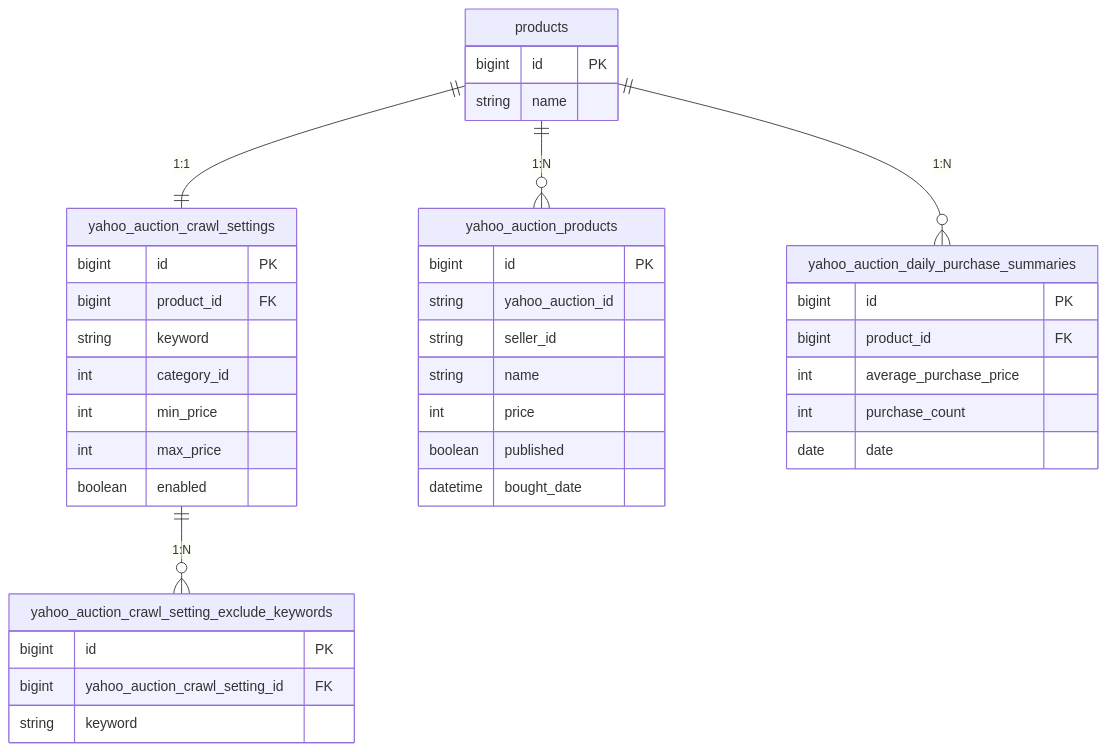
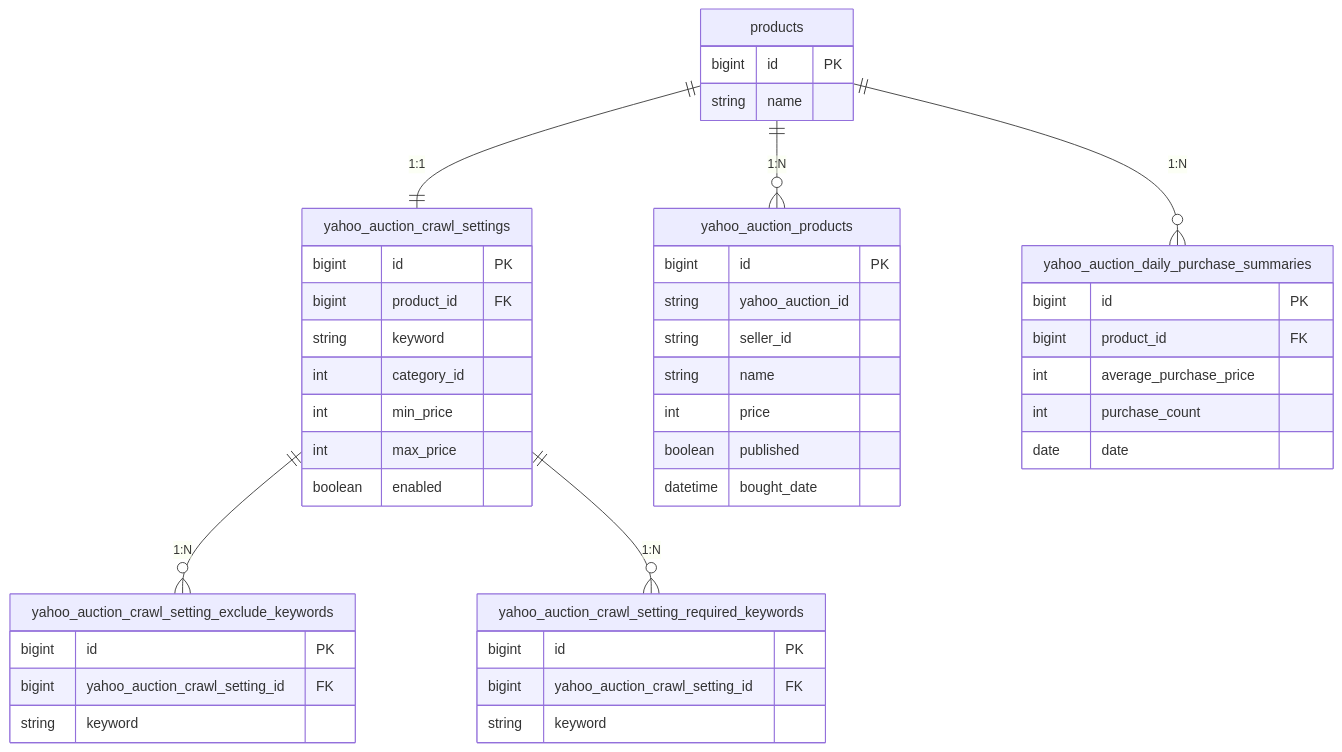
Before and after one commit to kuroweb/price-monitoring: the second of 4 diagrams in README.md, drawn with Mermaid. The commit also changed other lines of this file and 12 other files, not shown here.

````diff
--- a/README.md
+++ b/README.md
@@ -78,42 +78,48 @@
 ```mermaid
 erDiagram
   products {
     bigint id PK
     string name
   }
   yahoo_auction_crawl_settings {
     bigint id PK
     bigint product_id FK
     string keyword
     int category_id
     int min_price
     int max_price
     boolean enabled
   }
   yahoo_auction_crawl_setting_exclude_keywords {
+    bigint id PK
+    bigint yahoo_auction_crawl_setting_id FK
+    string keyword
+  }
+  yahoo_auction_crawl_setting_required_keywords {
     bigint id PK
     bigint yahoo_auction_crawl_setting_id FK
     string keyword
   }
   yahoo_auction_products {
     bigint id PK
     string yahoo_auction_id
     string seller_id
     string name
     int price
     boolean published
     datetime bought_date
   }
   yahoo_auction_daily_purchase_summaries {
     bigint id PK
     bigint product_id FK
     int average_purchase_price
     int purchase_count
     date date
   }
 
   products ||--|| yahoo_auction_crawl_settings : "1:1"
   yahoo_auction_crawl_settings ||--o{ yahoo_auction_crawl_setting_exclude_keywords : "1:N"
+  yahoo_auction_crawl_settings ||--o{ yahoo_auction_crawl_setting_required_keywords : "1:N"
   products ||--o{ yahoo_auction_products : "1:N"
   products ||--o{ yahoo_auction_daily_purchase_summaries : "1:N"
 ```
````
